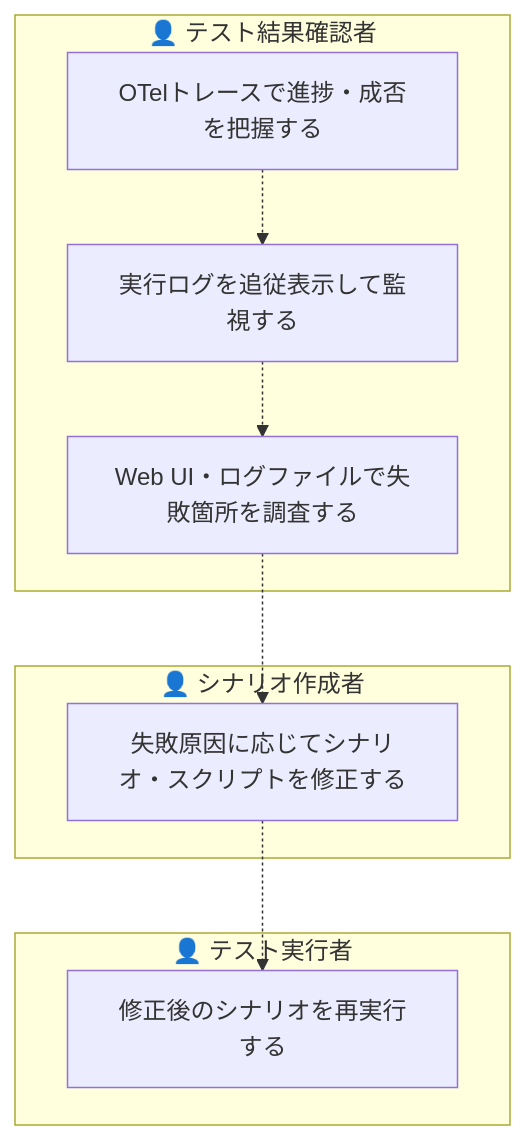
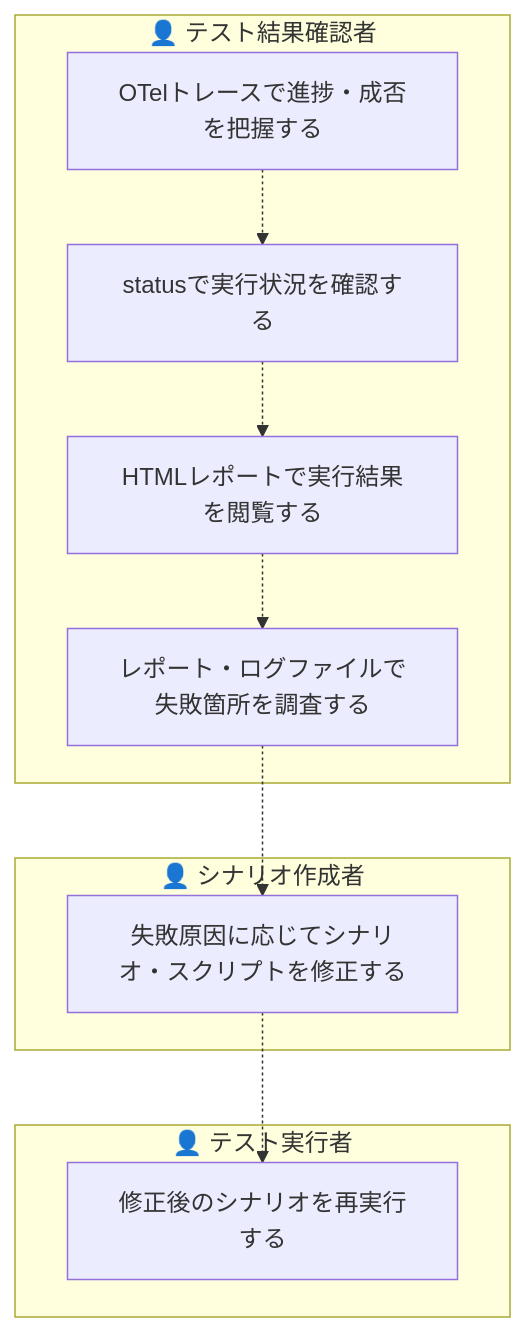
One commit to scenario-test-framework/stfw changed the eighth of 8 diagrams in docs/rdra/latest/views/03_業務フロー.md. Above: the diagram before and after it, drawn with Mermaid. The commit also changed other lines of this file and 22 other files, not shown here.

First line of the commit message:
docs(requirements): v1.0 リアーキテクティングを USDM/RDRA に反映 (event: 20260708_084933_v1_rearchitecting)

````diff
--- a/docs/rdra/latest/views/03_業務フロー.md
+++ b/docs/rdra/latest/views/03_業務フロー.md
@@ -217,18 +193,20 @@
 ```mermaid
 graph TD
   subgraph LN1["👤 テスト結果確認者"]
     AT1["OTelトレースで進捗・成否を把握する"]
-    AT2["実行ログを追従表示して監視する"]
-    AT3["Web UI・ログファイルで失敗箇所を調査する"]
+    AT2["statusで実行状況を確認する"]
+    AT3["HTMLレポートで実行結果を閲覧する"]
+    AT4["レポート・ログファイルで失敗箇所を調査する"]
   end
   subgraph LN2["👤 シナリオ作成者"]
-    AT4["失敗原因に応じてシナリオ・スクリプトを修正する"]
+    AT5["失敗原因に応じてシナリオ・スクリプトを修正する"]
   end
   subgraph LN3["👤 テスト実行者"]
-    AT5["修正後のシナリオを再実行する"]
+    AT6["修正後のシナリオを再実行する"]
   end
   AT1 -.-> AT2
   AT2 -.-> AT3
   AT3 -.-> AT4
   AT4 -.-> AT5
+  AT5 -.-> AT6
 ```
````
